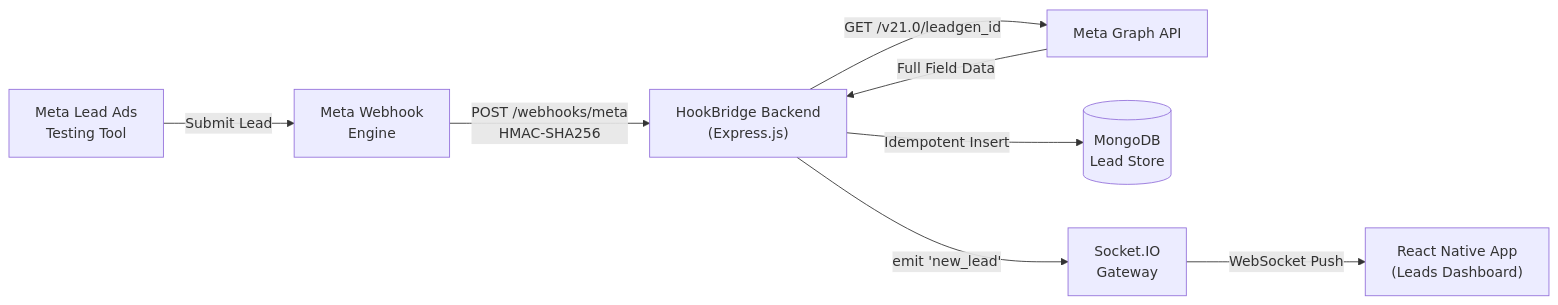
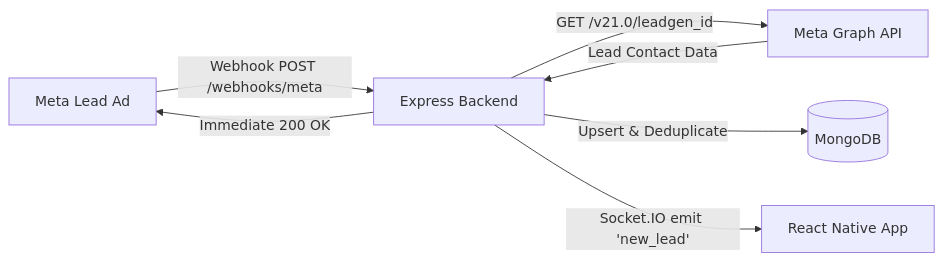
The diagram in README.md (PriyanshuSingh10114/hookbridge-meta-lead-integration), drawn with Mermaid before and after one commit. The commit also changed other lines of this file and 11 other files, not shown here.

````diff
--- a/README.md
+++ b/README.md
@@ -68,10 +11,9 @@
 ```mermaid
 flowchart LR
-    A["Meta Lead Ads<br/>Testing Tool"] -->|Submit Lead| B["Meta Webhook<br/>Engine"]
-    B -->|POST /webhooks/meta<br/>HMAC-SHA256| C["HookBridge Backend<br/>(Express.js)"]
-    C -->|GET /v21.0/leadgen_id| D["Meta Graph API"]
-    D -->|Full Field Data| C
-    C -->|Idempotent Insert| E[("MongoDB<br/>Lead Store")]
-    C -->|emit 'new_lead'| F["Socket.IO<br/>Gateway"]
-    F -->|WebSocket Push| G["React Native App<br/>(Leads Dashboard)"]
+    A[Meta Lead Ad] -->|Webhook POST /webhooks/meta| B[Express Backend]
+    B -->|Immediate 200 OK| A
+    B -->|GET /v21.0/leadgen_id| C[Meta Graph API]
+    C -->|Lead Contact Data| B
+    B -->|Upsert & Deduplicate| D[(MongoDB)]
+    B -->|Socket.IO emit 'new_lead'| E[React Native App]
 ```
````
